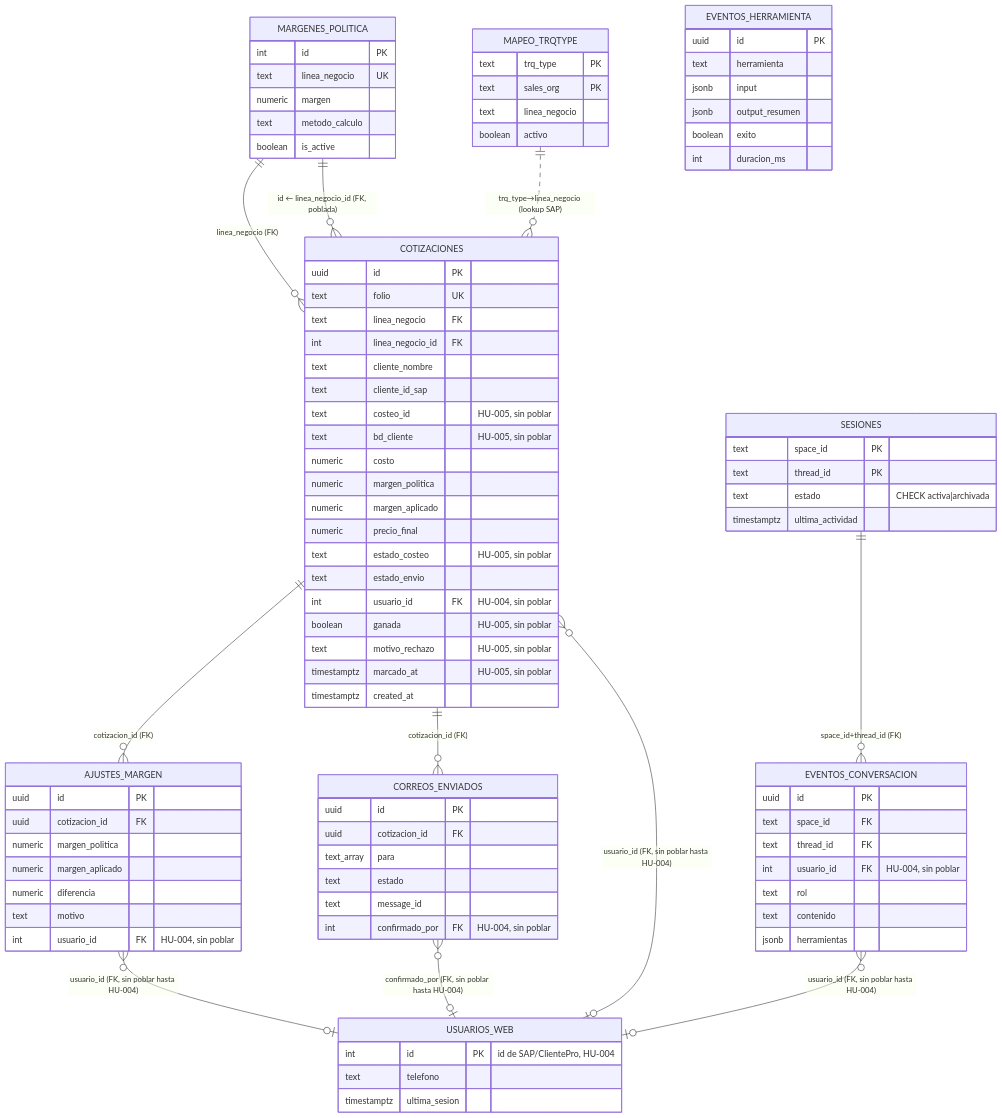
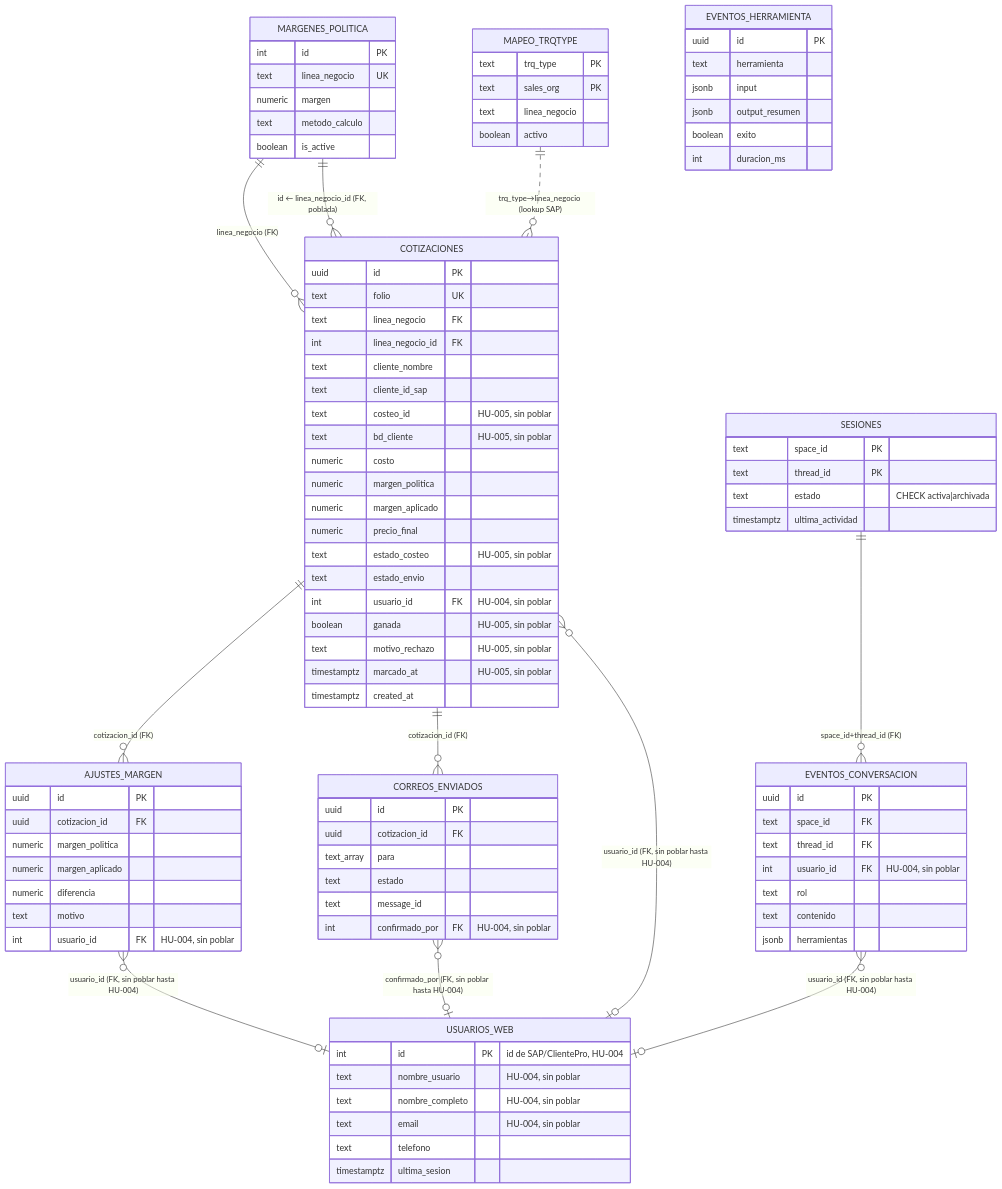
One commit to InnovacionIA-proyectos/Cotifly changed the diagram in BASE_DE_DATOS.md. Above: the diagram before and after it, drawn with Mermaid. The commit also changed other lines of this file and 18 other files, not shown here.

```diff
--- a/BASE_DE_DATOS.md
+++ b/BASE_DE_DATOS.md
@@ -107,6 +107,9 @@
     }
     USUARIOS_WEB {
         int id PK "id de SAP/ClientePro, HU-004"
+        text nombre_usuario "HU-004, sin poblar"
+        text nombre_completo "HU-004, sin poblar"
+        text email "HU-004, sin poblar"
         text telefono
         timestamptz ultima_sesion
     }
```
